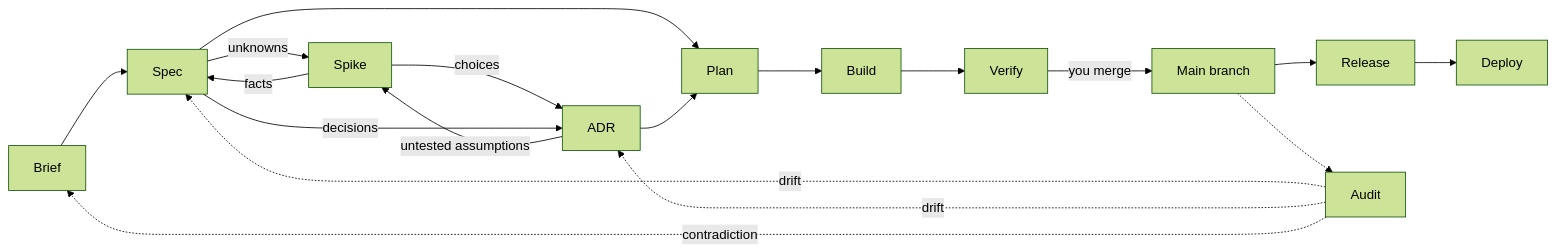
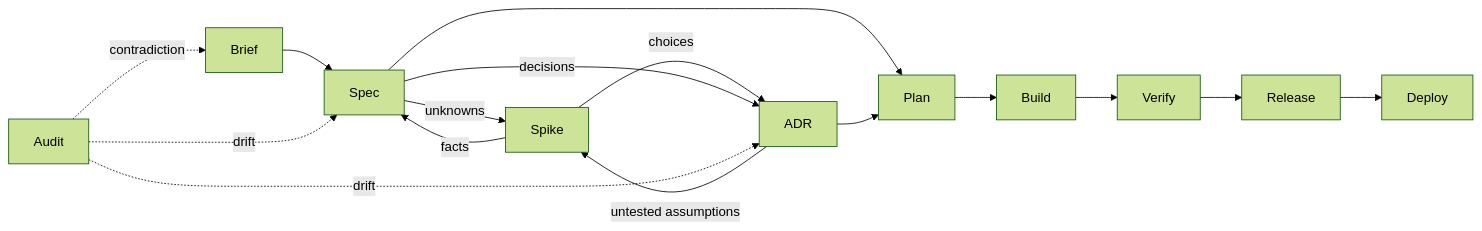
One commit to michaelmarconi/agentic-engineering changed the first of 4 diagrams in docs/lifecycle.md. Above: the diagram before and after it, drawn with Mermaid (forest theme).

Commit message:
Lifecycle draft: keep merging and branches out of the overview diagram

````diff
--- a/docs/lifecycle.md
+++ b/docs/lifecycle.md
@@ -11,17 +11,15 @@
 ```mermaid
 flowchart LR
     Brief --> Spec
     Spec -->|unknowns| Spike
     ADR -->|untested assumptions| Spike
     Spike -->|facts| Spec
     Spike -->|choices| ADR
     Spec -->|decisions| ADR
     Spec --> Plan
     ADR --> Plan
-    Plan --> Build --> Verify -->|you merge| Main[Main branch]
-    Main --> Release --> Deploy
-    Main -.-> Audit
+    Plan --> Build --> Verify --> Release --> Deploy
     Audit -.->|drift| Spec
     Audit -.->|drift| ADR
     Audit -.->|contradiction| Brief
 ```
````
